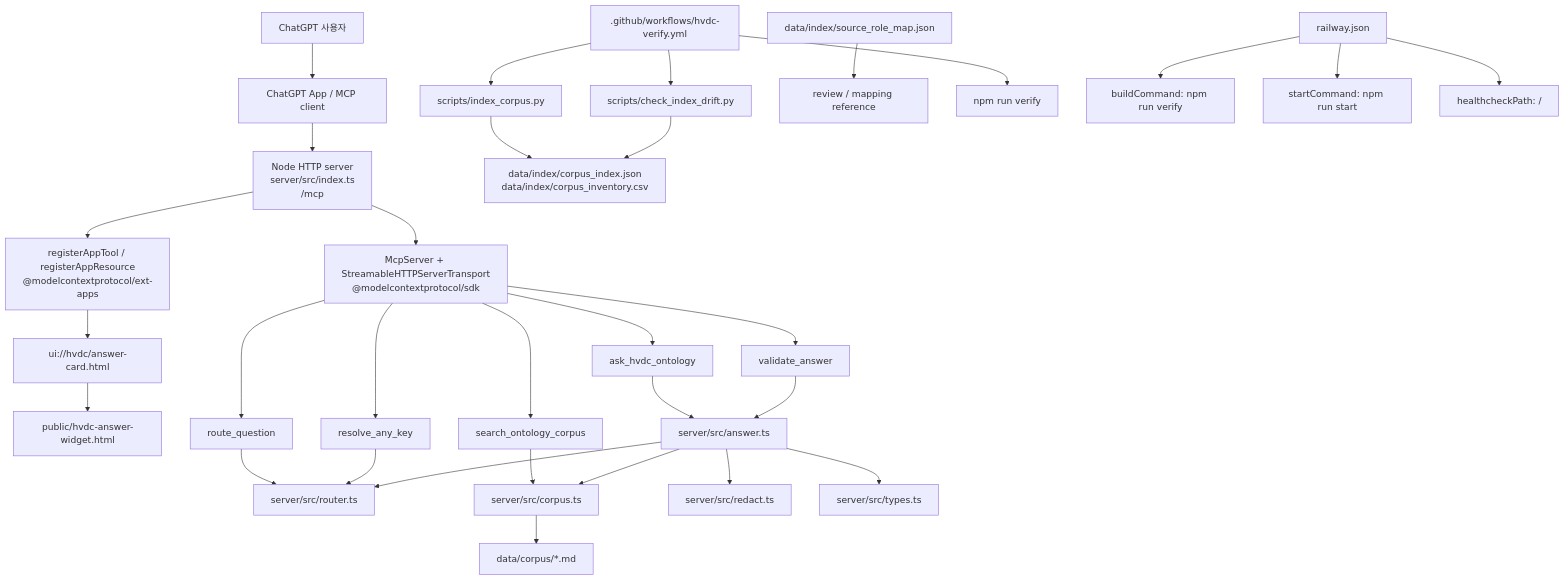
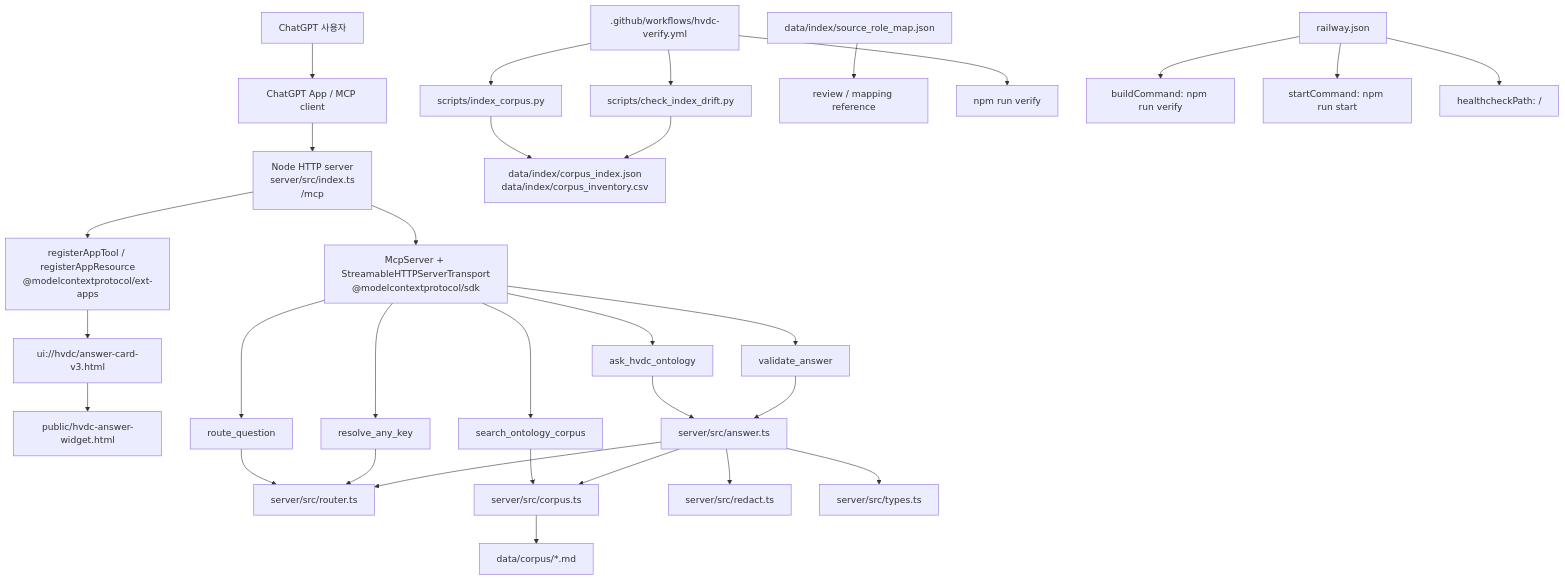
One commit to macho715/SCT_ONTOLOGY changed the first of 2 diagrams in SYSTEM_ARCHITECTURE.md. Above: the diagram before and after it, drawn with Mermaid. The commit also changed other lines of this file and 9 other files, not shown here.

````diff
--- a/SYSTEM_ARCHITECTURE.md
+++ b/SYSTEM_ARCHITECTURE.md
@@ -30,37 +30,37 @@
 ```mermaid
 flowchart TD
   User["ChatGPT 사용자"] --> App["ChatGPT App / MCP client"]
   App --> Endpoint["Node HTTP server<br/>server/src/index.ts<br/>/mcp"]
   Endpoint --> Mcp["McpServer + StreamableHTTPServerTransport<br/>@modelcontextprotocol/sdk"]
   Endpoint --> ExtApps["registerAppTool / registerAppResource<br/>@modelcontextprotocol/ext-apps"]
-  ExtApps --> WidgetResource["ui://hvdc/answer-card.html"]
+  ExtApps --> WidgetResource["ui://hvdc/answer-card-v3.html"]
   WidgetResource --> WidgetFile["public/hvdc-answer-widget.html"]
 
   Mcp --> AskTool["ask_hvdc_ontology"]
   Mcp --> RouteTool["route_question"]
   Mcp --> SearchTool["search_ontology_corpus"]
   Mcp --> ResolveTool["resolve_any_key"]
   Mcp --> ValidateTool["validate_answer"]
 
   AskTool --> Answer["server/src/answer.ts"]
   RouteTool --> Router["server/src/router.ts"]
   SearchTool --> Corpus["server/src/corpus.ts"]
   ResolveTool --> Router
   ValidateTool --> Answer
 
   Answer --> Redact["server/src/redact.ts"]
   Answer --> Types["server/src/types.ts"]
   Answer --> Corpus
   Answer --> Router
   Corpus --> CorpusFiles["data/corpus/*.md"]
   Indexer["scripts/index_corpus.py"] --> IndexFiles["data/index/corpus_index.json<br/>data/index/corpus_inventory.csv"]
   DriftCheck["scripts/check_index_drift.py"] --> IndexFiles
   SourceRole["data/index/source_role_map.json"] --> Review["review / mapping reference"]
 
   GHA[".github/workflows/hvdc-verify.yml"] --> Indexer
   GHA --> DriftCheck
   GHA --> Verify["npm run verify"]
   Railway["railway.json"] --> Build["buildCommand: npm run verify"]
   Railway --> Start["startCommand: npm run start"]
   Railway --> Health["healthcheckPath: /"]
 ```
````
